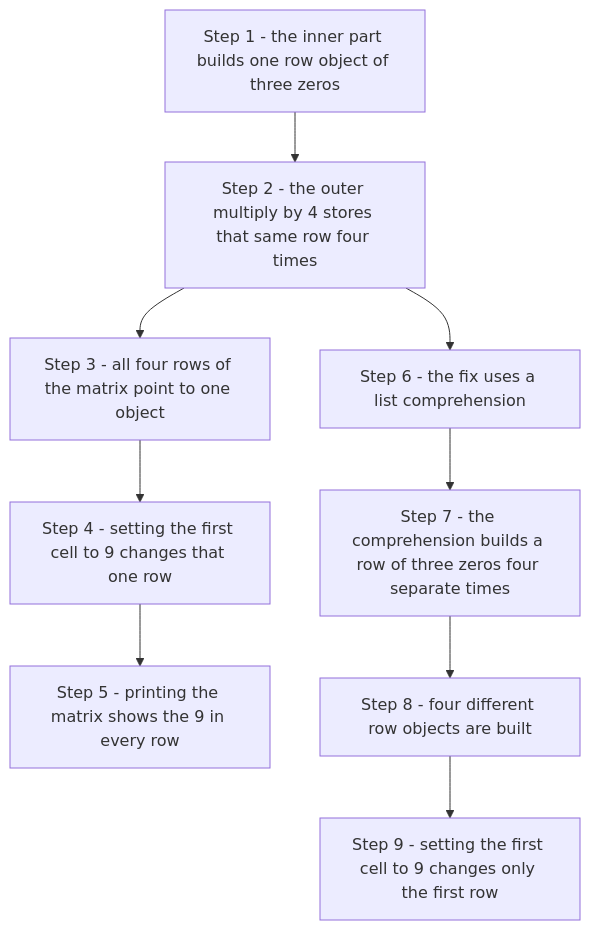
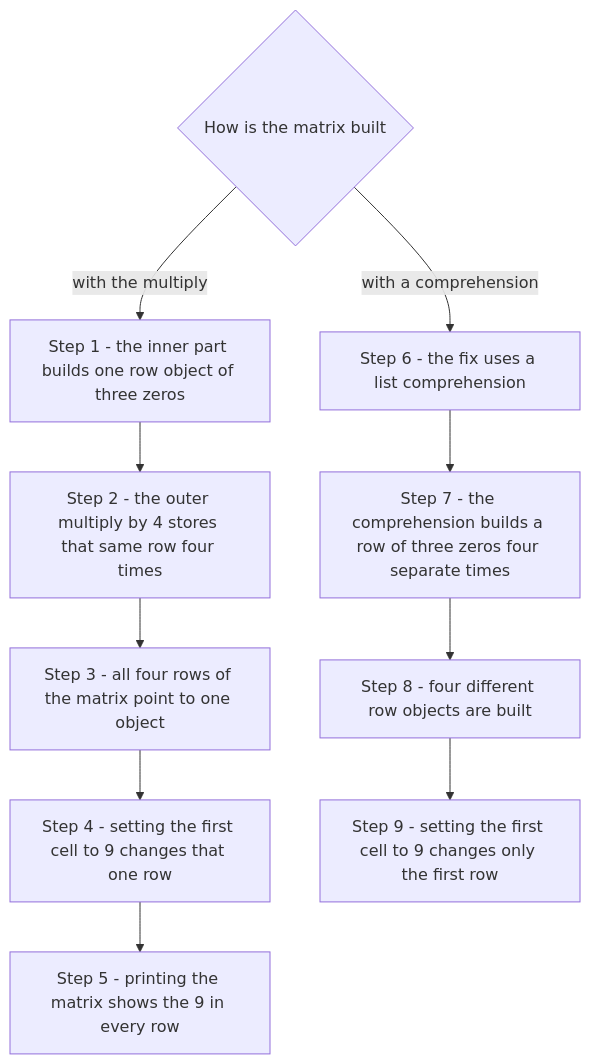
The fourth of 8 diagrams in docs/18-lists/50-ch18-qa.md (ag999git/001-mkdocs), drawn with Mermaid before and after one commit. The commit also changed other lines of this file, not shown here.

````diff
--- a/docs/18-lists/50-ch18-qa.md
+++ b/docs/18-lists/50-ch18-qa.md
@@ -1087,11 +1093,12 @@
 ```mermaid
 flowchart TD
-    A["Step 1 - the inner part builds one row object of three zeros"] --> B["Step 2 - the outer multiply by 4 stores that same row four times"]
+    S{"How is the matrix built"} -- "with the multiply" --> A["Step 1 - the inner part builds one row object of three zeros"]
+    A --> B["Step 2 - the outer multiply by 4 stores that same row four times"]
     B --> C["Step 3 - all four rows of the matrix point to one object"]
     C --> D["Step 4 - setting the first cell to 9 changes that one row"]
     D --> E["Step 5 - printing the matrix shows the 9 in every row"]
-    B --> F["Step 6 - the fix uses a list comprehension"]
+    S -- "with a comprehension" --> F["Step 6 - the fix uses a list comprehension"]
     F --> G["Step 7 - the comprehension builds a row of three zeros four separate times"]
     G --> H["Step 8 - four different row objects are built"]
     H --> I["Step 9 - setting the first cell to 9 changes only the first row"]
 ```
````
